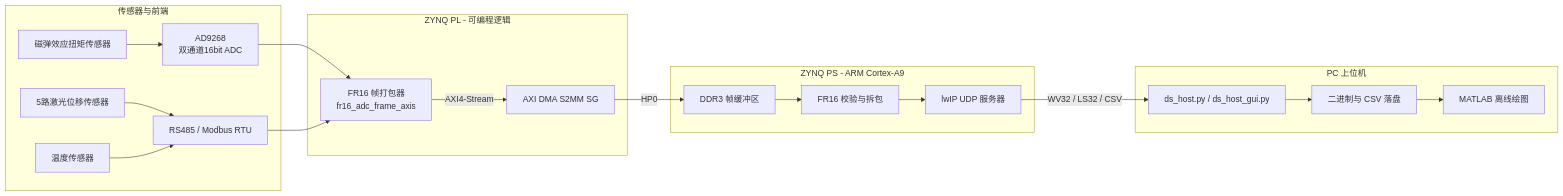
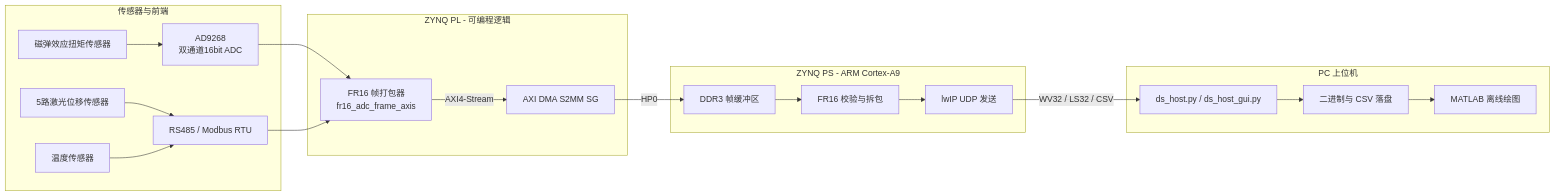
Before and after one commit to X-hahaha/magnetoelastic-torque-sensor-data-acquisition: the diagram in README.md, drawn with Mermaid. The commit also changed other lines of this file and 20 other files, not shown here.

````diff
--- a/README.md
+++ b/README.md
@@ -25,26 +25,26 @@
 ```mermaid
 flowchart LR
     subgraph SEN[传感器与前端]
         T[磁弹效应扭矩传感器] --> A[AD9268<br/>双通道16bit ADC]
         L[5路激光位移传感器] --> R[RS485 / Modbus RTU]
         TM[温度传感器] --> R
     end
 
     subgraph PL[ZYNQ PL - 可编程逻辑]
         A --> F[FR16 帧打包器<br/>fr16_adc_frame_axis]
         R --> F
         F -->|AXI4-Stream| D[AXI DMA S2MM SG]
     end
 
     subgraph PS[ZYNQ PS - ARM Cortex-A9]
         D -->|HP0| M[DDR3 帧缓冲区]
         M --> V[FR16 校验与拆包]
-        V --> U[lwIP UDP 服务器]
+        V --> U[lwIP UDP 发送]
     end
 
     subgraph PC[PC 上位机]
         U -->|WV32 / LS32 / CSV| H[ds_host.py / ds_host_gui.py]
         H --> P[二进制与 CSV 落盘]
         P --> Q[MATLAB 离线绘图]
     end
 ```
````
